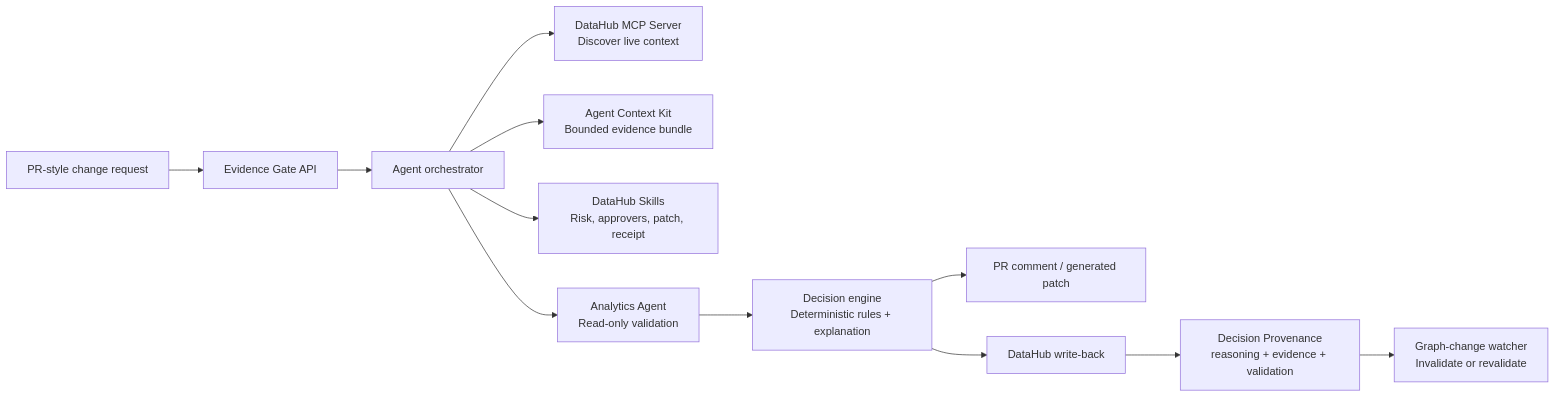
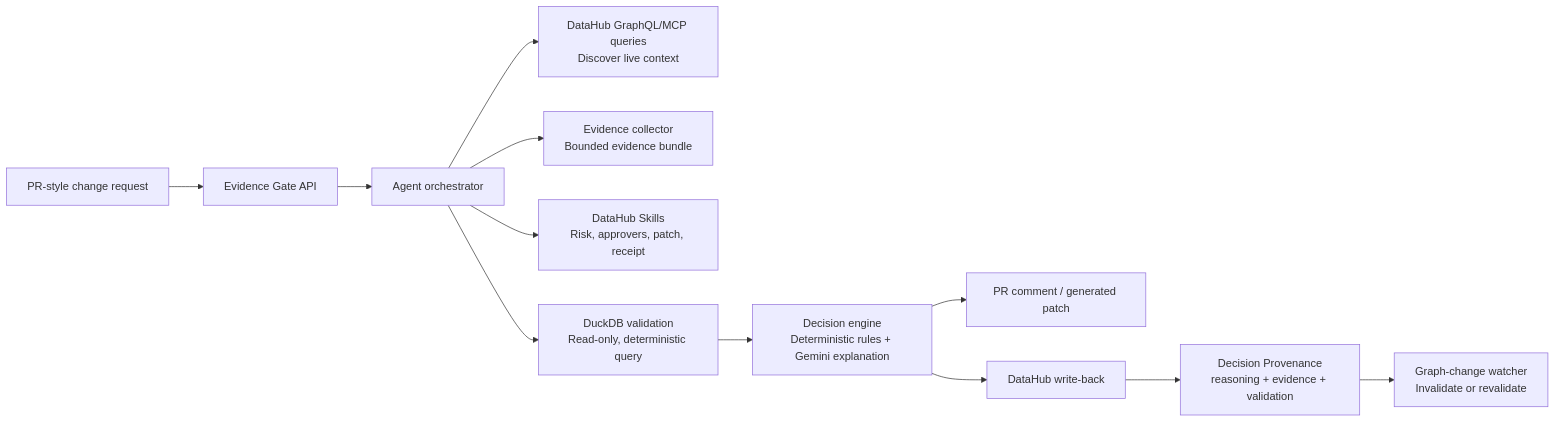
Before and after one commit to ssurekumar01111-hue/evidence-gate: the diagram in README.md, drawn with Mermaid. The commit also changed other lines of this file, not shown here.

````diff
--- a/README.md
+++ b/README.md
@@ -38,14 +38,14 @@
 ```mermaid
 flowchart LR
   A["PR-style change request"] --> B["Evidence Gate API"]
   B --> C["Agent orchestrator"]
-  C --> D["DataHub MCP Server\nDiscover live context"]
-  C --> E["Agent Context Kit\nBounded evidence bundle"]
+  C --> D["DataHub GraphQL/MCP queries\nDiscover live context"]
+  C --> E["Evidence collector\nBounded evidence bundle"]
   C --> F["DataHub Skills\nRisk, approvers, patch, receipt"]
-  C --> G["Analytics Agent\nRead-only validation"]
-  G --> H["Decision engine\nDeterministic rules + explanation"]
+  C --> G["DuckDB validation\nRead-only, deterministic query"]
+  G --> H["Decision engine\nDeterministic rules + Gemini explanation"]
   H --> I["PR comment / generated patch"]
   H --> J["DataHub write-back"]
   J --> K["Decision Provenance\nreasoning + evidence + validation"]
   K --> L["Graph-change watcher\nInvalidate or revalidate"]
 ```
````
